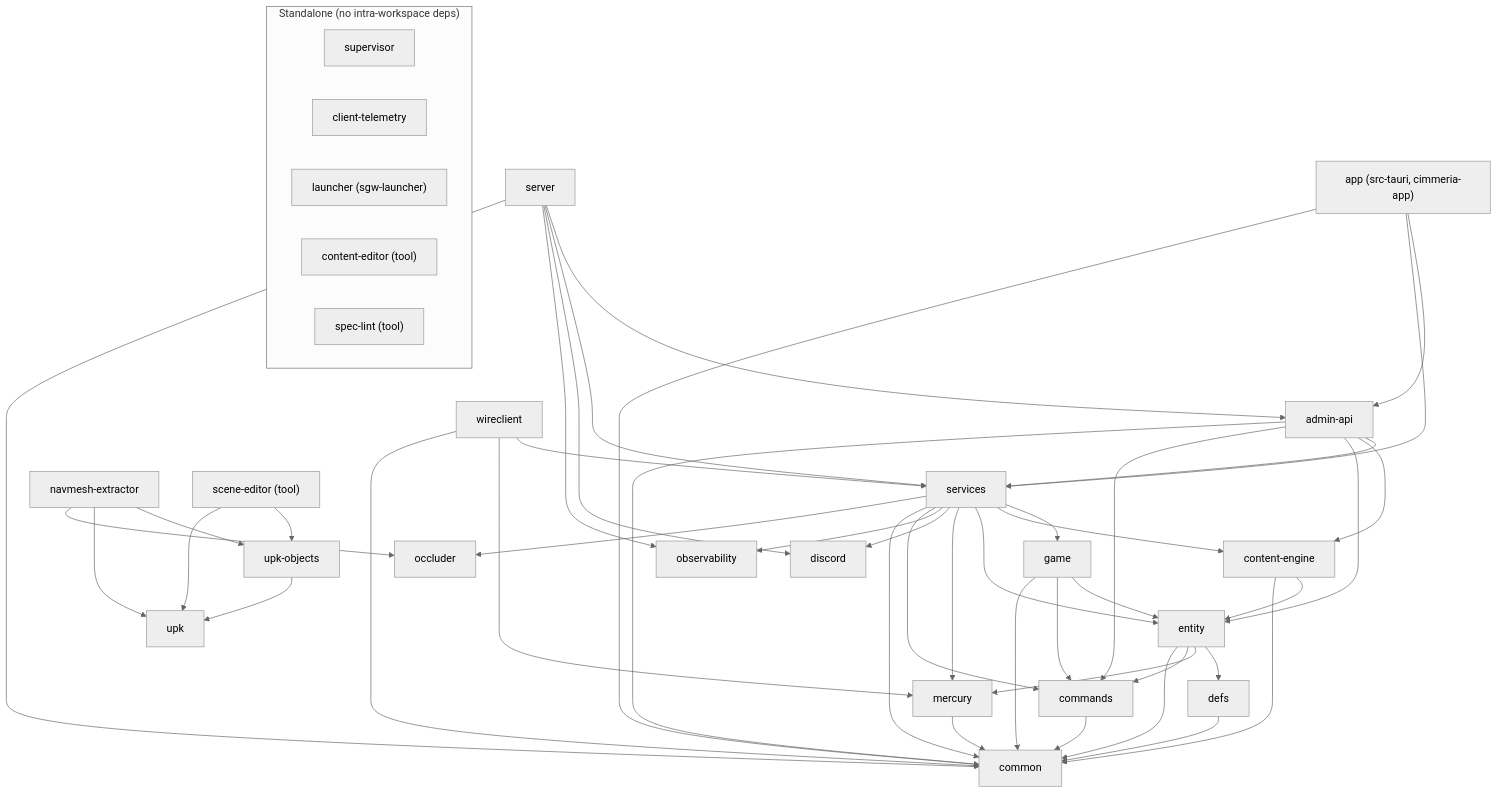
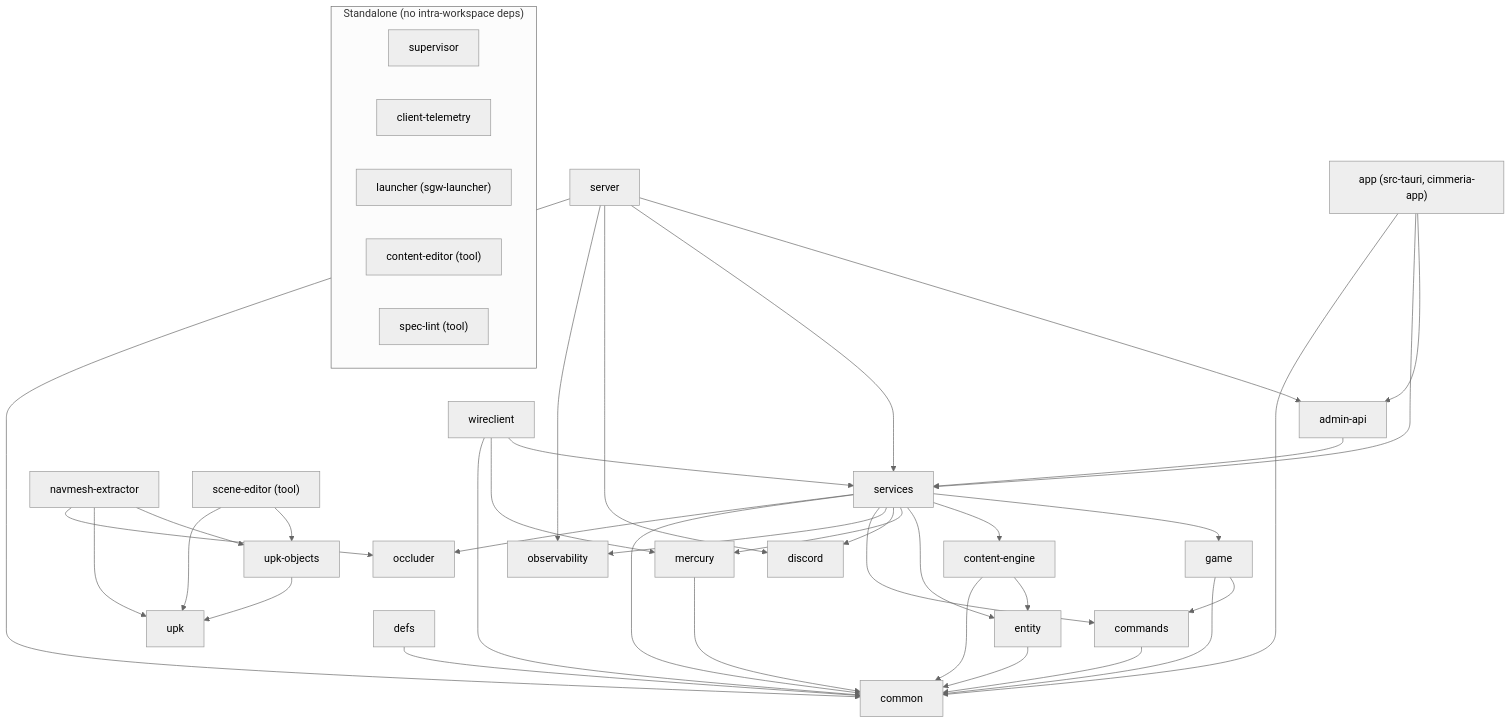
The diagram in README.md (SandboxServers/Cimmeria), drawn with Mermaid before and after one commit. The commit also changed other lines of this file and 1 other file, not shown here.

Commit message:
docs(crates): drop the inter-crate edges removed as unused dependencies
Both crate diagrams claim to show the actual inter-crate dependencies from
each crate's Cargo.toml. Update them for the unused-dependency pass:
admin-api now reaches content-engine, entity, commands, and common only
through services; game no longer depends on entity; entity depends only on
common. As a result, no crate links cimmeria-defs any more, and the README
narrative says so. The observability row now says the facade wraps the
OpenTelemetry API crate, with the SDK and exporter living in the server.

````diff
--- a/README.md
+++ b/README.md
@@ -95,63 +95,55 @@
 ```mermaid
 %%{init: {"flowchart": {"htmlLabels": false}, "theme": "neutral"}}%%
 flowchart TD
     %% entry points / binaries
     server --> adminApi["admin-api"]
     server --> services
     server --> discord
     server --> observability
     server --> common
     app["app (src-tauri, cimmeria-app)"] --> adminApi
     app --> services
     app --> common
     wireclient --> services
     wireclient --> mercury
     wireclient --> common
 
     %% service + domain layer
     adminApi --> services
-    adminApi --> contentEngine["content-engine"]
-    adminApi --> entity
-    adminApi --> commands
-    adminApi --> common
     services --> game
-    services --> contentEngine
+    services --> contentEngine["content-engine"]
     services --> entity
     services --> mercury
     services --> discord
     services --> observability
     services --> commands
     services --> common
-    game --> entity
     game --> commands
     game --> common
     contentEngine --> entity
     contentEngine --> common
-    entity --> defs
-    entity --> mercury
-    entity --> commands
     entity --> common
 
     %% foundation
     mercury --> common
     defs --> common
     commands --> common
 
     %% UPK / navmesh toolchain (independent of the server spine)
     navmeshExtractor["navmesh-extractor"] --> upkObjects["upk-objects"]
     navmeshExtractor --> upk
     navmeshExtractor --> occluder
     services --> occluder
     sceneEditor["scene-editor (tool)"] --> upkObjects
     sceneEditor --> upk
     upkObjects --> upk
 
     %% standalone crates with no intra-workspace dependencies
     subgraph standalone["Standalone (no intra-workspace deps)"]
         supervisor
         clientTelemetry["client-telemetry"]
         launcher["launcher (sgw-launcher)"]
         contentEditor["content-editor (tool)"]
         specLint["spec-lint (tool)"]
     end
 ```
````
